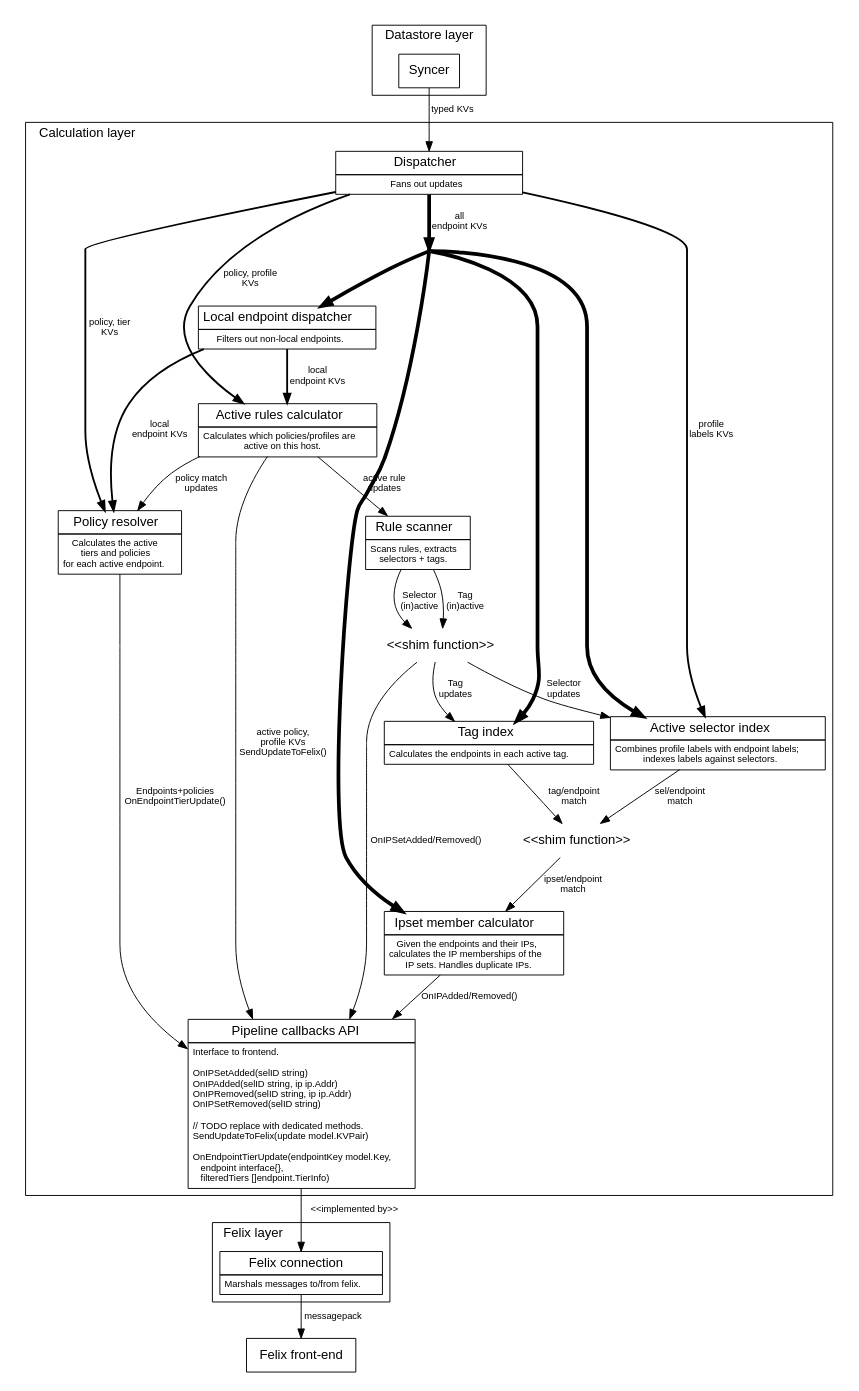
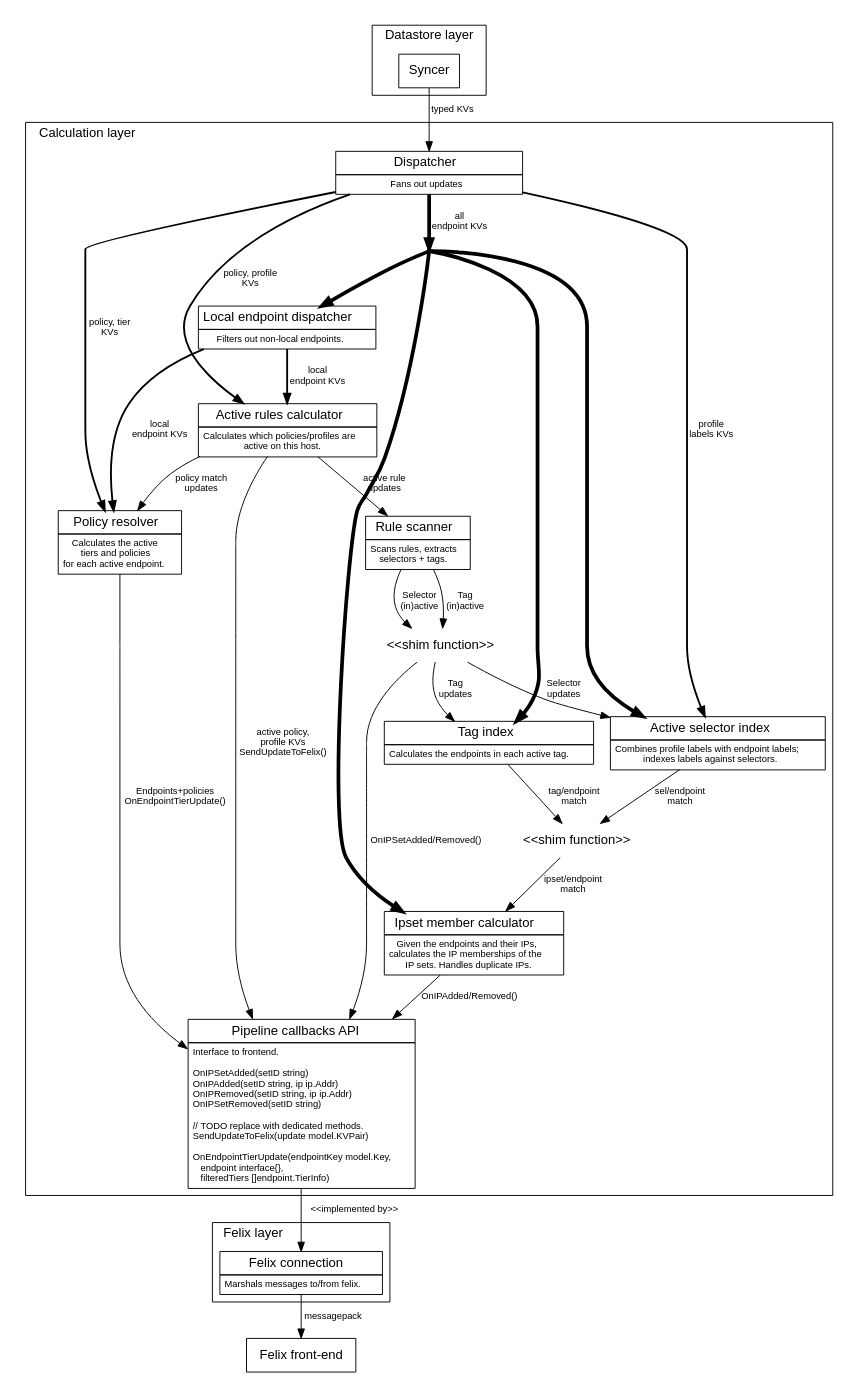
Before and after one commit to projectcalico/libcalico-go: the diagram in doc/calc.dot, drawn with Graphviz. The commit also changed 3 other files, not shown here.

```diff
--- a/doc/calc.dot
+++ b/doc/calc.dot
@@ -1,134 +1,134 @@
 digraph G {
 size="7.5,10"
 labeljust="l"
 fontname=Helvetica;
 node [fontname=Helvetica]
 edge [fontname=Helvetica,fontsize=10]
 
     subgraph cluster0 {
     label="Datastore layer";
 
         Syncer [shape=box]
     }
 
     Syncer -> Dispatcher [label="typed KVs"]
 
     subgraph cluster1 {
     label="Calculation layer";
         subgraph {
             /* Put some padding either side of the Dispatcher. */
             rank=same; nodepadding1; Dispatcher; nodepadding2;
             nodepadding1 [style=invisible,fixedsize=true,width=4]
             nodepadding2 [style=invisible,fixedsize=true,width=4]
             nodepadding1 -> Dispatcher [style=invis];
             Dispatcher -> nodepadding2 [style=invis];
         }
 
         Dispatcher [label=<<table BORDER="0" CELLBORDER="1" CELLSPACING="0" CELLPADDING="4">
           <tr><td WIDTH="200"><font point-size="14" >Dispatcher</font></td></tr>
           <tr><td><font point-size="10">Fans out updates</font></td></tr>
         </table>>, shape=none, margin=0]
         Dispatcher -> PolicyResolver [label="policy, tier\nKVs", penwidth=2]
         Dispatcher -> ActiveRulesCalc [label="policy, profile\nKVs", penwidth=2]
         Dispatcher -> ActiveSelIdx [label="profile\nlabels KVs", penwidth=2]
 
         EPKVs [shape=point];
         Dispatcher -> EPKVs [label="all\nendpoint KVs", penwidth=4];
 
         EPKVs -> ActiveSelIdx [penwidth=4];
         EPKVs -> LocalDispatcher [penwidth=4];
         EPKVs -> TagIndex [penwidth=4];
         EPKVs -> MemberCalc [penwidth=4];
 
         LocalDispatcher [label=<<table BORDER="0" CELLBORDER="1" CELLSPACING="0" CELLPADDING="4">
           <tr><td><font point-size="14">Local endpoint dispatcher</font></td></tr>
           <tr><td><font point-size="10">Filters out non-local endpoints.</font></td></tr>
         </table>>, shape=none, margin=0]
         LocalDispatcher -> ActiveRulesCalc [label="local\nendpoint KVs", penwidth=2];
         LocalDispatcher -> PolicyResolver [label="local\nendpoint KVs", penwidth=2]
 
         ActiveRulesCalc [label=<<table BORDER="0" CELLBORDER="1" CELLSPACING="0" CELLPADDING="4">
           <tr><td><font point-size="14">Active rules calculator</font></td></tr>
           <tr><td><font point-size="10">Calculates which policies/profiles are<br/>active on this host.</font></td></tr>
         </table>>, shape=none, margin=0];
         ActiveRulesCalc -> RuleScanner [label="active rule\nupdates"];
         ActiveRulesCalc -> PolicyResolver [label="policy match\nupdates"];
 
         ActiveSelIdx [label=<<table BORDER="0" CELLBORDER="1" CELLSPACING="0" CELLPADDING="4">
           <tr><td><font point-size="14">Active selector index</font></td></tr>
           <tr><td><font point-size="10">Combines profile labels with endpoint labels;<br/>indexes labels against selectors.</font></td></tr>
         </table>>, shape=none, margin=0];
         "<<shim function>>" [shape=none]
         ActiveSelIdx -> "<<shim function>>" [label="sel/endpoint\nmatch"];
 
         RuleScanner [label=<<table BORDER="0" CELLBORDER="1" CELLSPACING="0" CELLPADDING="4">
           <tr><td><font point-size="14">Rule scanner</font></td></tr>
           <tr><td><font point-size="10">Scans rules, extracts<br/>selectors + tags.</font></td></tr>
         </table>>, shape=none, margin=0];
 
         PolicyResolver [label=<<table BORDER="0" CELLBORDER="1" CELLSPACING="0" CELLPADDING="4">
           <tr><td><font point-size="14">Policy resolver</font></td></tr>
           <tr><td><font point-size="10">Calculates the active<br/>tiers and policies<br/>for each active endpoint.</font></td></tr>
         </table>>, shape=none, margin=0];
 
 
         TagIndex [label=<<table BORDER="0" CELLBORDER="1" CELLSPACING="0" CELLPADDING="4">
           <tr><td><font point-size="14">Tag index</font></td></tr>
           <tr><td><font point-size="10">Calculates the endpoints in each active tag.</font></td></tr>
         </table>>, shape=none, margin=0];
 
         TagIndex -> "<<shim function>>" [label="tag/endpoint\nmatch"];
         "<<shim function>>" -> MemberCalc [label="ipset/endpoint\nmatch"];
 
         MemberCalc [label=<<table BORDER="0" CELLBORDER="1" CELLSPACING="0" CELLPADDING="4">
           <tr><td><font point-size="14">Ipset member calculator</font></td></tr>
           <tr><td><font point-size="10">Given the endpoints and their IPs,<br/>calculates the IP memberships of the<br/>IP sets. Handles duplicate IPs.</font></td></tr>
         </table>>, shape=none, margin=0];
 
 
         ActiveRulesCalc -> PipelineCallbacks [label="active policy,\nprofile KVs\nSendUpdateToFelix()"];
 
         RuleScannerShim [label="<<shim function>>", shape=none]
         RuleScanner -> RuleScannerShim [label="Selector\n(in)active"];
         RuleScannerShim -> ActiveSelIdx [label="Selector\nupdates"]
         RuleScannerShim -> PipelineCallbacks [label="OnIPSetAdded/Removed()"];
 
         RuleScanner -> RuleScannerShim [label="Tag\n(in)active"];
         RuleScannerShim -> TagIndex [label="Tag\nupdates"]
 
 
         MemberCalc -> PipelineCallbacks [label="OnIPAdded/Removed()"];
         PolicyResolver -> PipelineCallbacks [label="Endpoints+policies\nOnEndpointTierUpdate()"];
 
         PipelineCallbacks [label=<<table BORDER="0" CELLBORDER="1" CELLSPACING="0" CELLPADDING="4">
           <tr><td><font point-size="14">Pipeline callbacks API</font></td></tr>
           <tr><td align="left"><font point-size="10">Interface to frontend.<BR ALIGN="LEFT"/>
 <BR ALIGN="LEFT"/>
-OnIPSetAdded(selID string)<BR ALIGN="LEFT"/>
-OnIPAdded(selID string, ip ip.Addr)<BR ALIGN="LEFT"/>
-OnIPRemoved(selID string, ip ip.Addr)<BR ALIGN="LEFT"/>
-OnIPSetRemoved(selID string)<BR ALIGN="LEFT"/>
+OnIPSetAdded(setID string)<BR ALIGN="LEFT"/>
+OnIPAdded(setID string, ip ip.Addr)<BR ALIGN="LEFT"/>
+OnIPRemoved(setID string, ip ip.Addr)<BR ALIGN="LEFT"/>
+OnIPSetRemoved(setID string)<BR ALIGN="LEFT"/>
 <BR ALIGN="LEFT"/>
 // TODO replace with dedicated methods.<BR ALIGN="LEFT"/>
 SendUpdateToFelix(update model.KVPair)<BR ALIGN="LEFT"/>
 <BR ALIGN="LEFT"/>
 OnEndpointTierUpdate(endpointKey model.Key,<BR ALIGN="LEFT"/>
     endpoint interface{},<BR ALIGN="LEFT"/>
     filteredTiers []endpoint.TierInfo)<BR ALIGN="LEFT"/>
 </font></td></tr>
         </table>>, shape=none, margin=0];
     }
 
     subgraph cluster2 {
     label="Felix layer";
         FelixConnection [label=<<table BORDER="0" CELLBORDER="1" CELLSPACING="0" CELLPADDING="4">
           <tr><td><font point-size="14">Felix connection</font></td></tr>
           <tr><td><font point-size="10">Marshals messages to/from felix.</font></td></tr>
         </table>>, shape=none, margin=0];
     }
 
 
     PipelineCallbacks -> FelixConnection [label="<<implemented by>>"]
     FelixConnection -> Felix [label="messagepack"];
     Felix [shape=box, label="Felix front-end"];
 }
```
